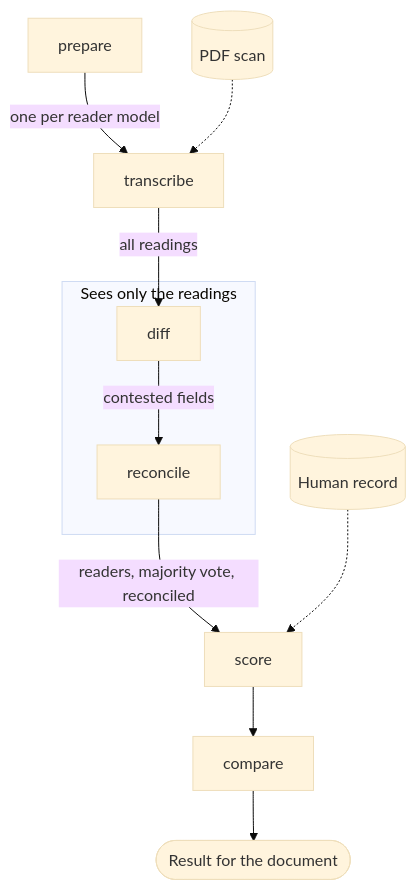
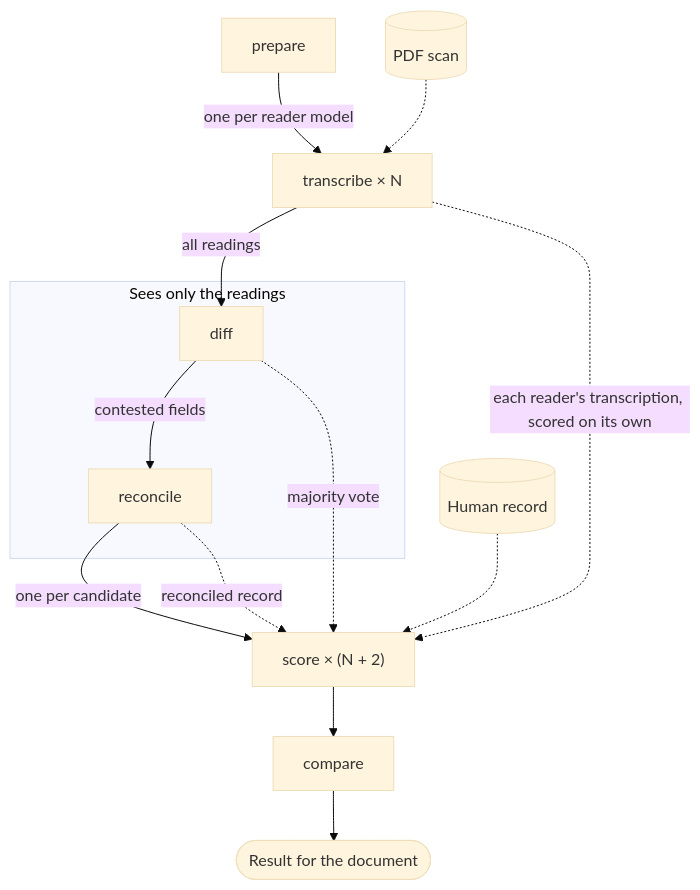
The first of 2 diagrams in README.md (cbizon/difffish), drawn with Mermaid (base theme) before and after one commit. The commit also changed other lines of this file, not shown here.

First line of the commit message:
Show in the README diagram that every reader's transcription is scored

````diff
--- a/README.md
+++ b/README.md
@@ -16,18 +16,21 @@
 ```mermaid
 flowchart TD
     pdf[(PDF scan)]
     human[(Human record)]
-    prepare --> |one per reader model| transcribe
+    prepare --> |one per reader model| transcribe["transcribe × N"]
     pdf -.-> transcribe
     transcribe --> |all readings| diff
     diff --> |contested fields| reconcile
-    reconcile --> |readers, majority vote, reconciled| score
+    reconcile --> |one per candidate| score["score × (N + 2)"]
+    transcribe -.-> |each reader's transcription, scored on its own| score
+    diff -.-> |majority vote| score
+    reconcile -.-> |reconciled record| score
     human -.-> score
     score --> compare
     compare --> result([Result for the document])
 
     subgraph blind [Sees only the readings]
         diff
         reconcile
     end
 ```
````
